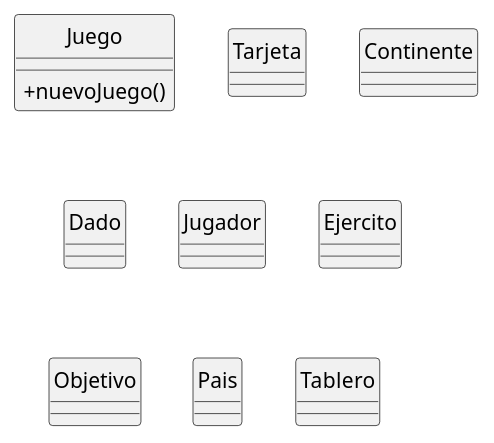
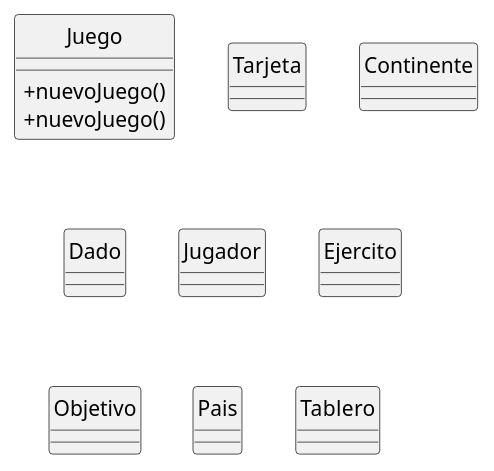
The diagram in diagramas/clasesV2.puml (valengutierrez/algo3_tp2), drawn with PlantUML before and after one commit.

Commit message:
prueba de commit

```diff
--- a/diagramas/clasesV2.puml
+++ b/diagramas/clasesV2.puml
@@ -1,21 +1,22 @@
 @startuml Diagrama de clases
 skinparam classAttributeIconSize 0
 skinparam style strictuml
 hide class circle
 hide abstract circle
 
 
 class Juego{
+	+ nuevoJuego()
 	+ nuevoJuego()
 }
 class Tarjeta{}
 class Continente{}
 class Dado{}
 class Jugador{}
 class Ejercito{}
 class Objetivo{}
 class Pais{}
 class Tablero{}
 
 
 @enduml
```
